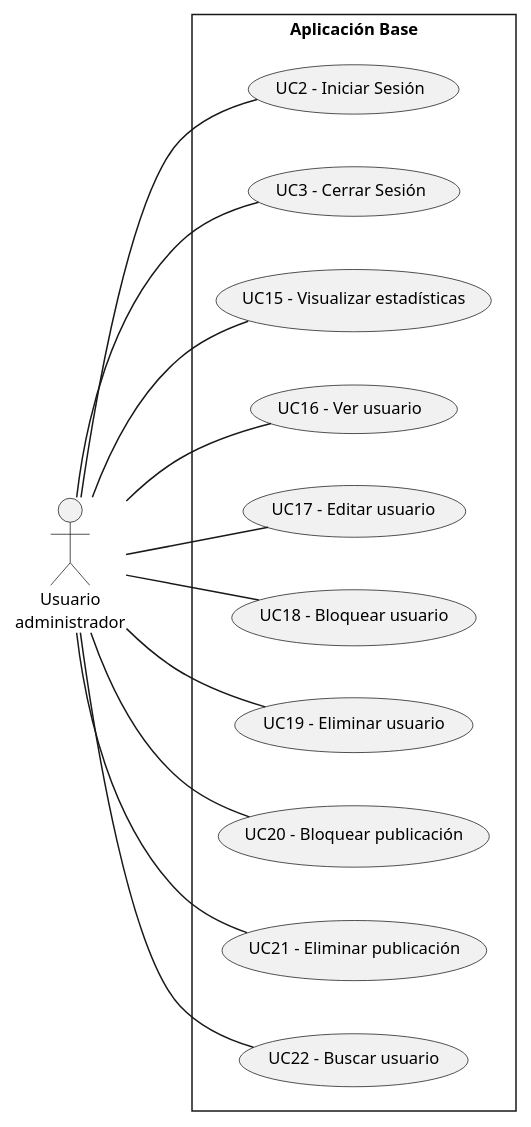
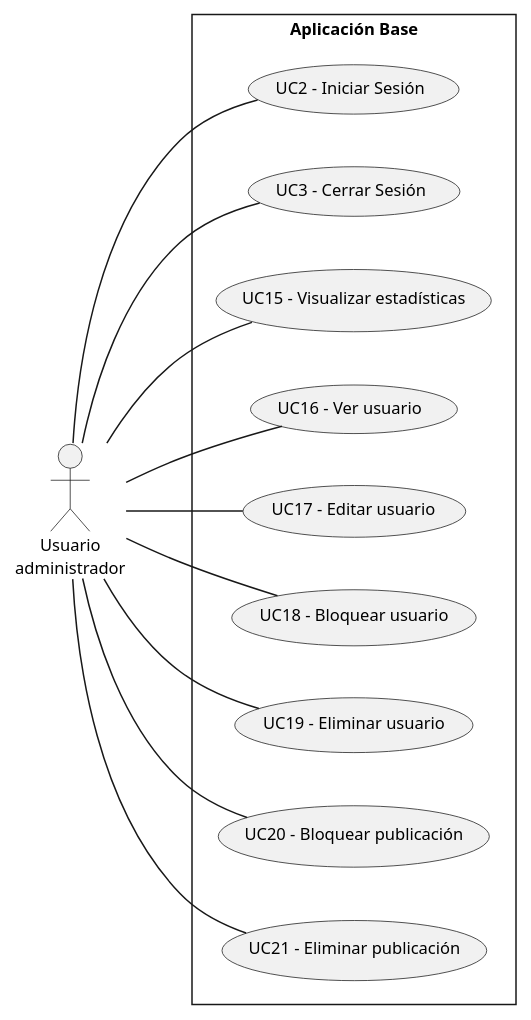
One commit to mpaulaherrero/tesis-frameworks-backend-diagrams changed the diagram in scenariosView/useCaseModel/useCaseDiagramAdmin.plantuml. Above: the diagram before and after it, drawn with PlantUML. The commit also changed 1 other file, not shown here.

Commit message:
adding ruby on rails and laravel diagrams

```diff
--- a/scenariosView/useCaseModel/useCaseDiagramAdmin.plantuml
+++ b/scenariosView/useCaseModel/useCaseDiagramAdmin.plantuml
@@ -1,32 +1,32 @@
 @startuml baseApp
 skinparam style strictuml
 left to right direction
 skinparam defaultTextAlignment center
 skinparam defaultFontSize 11
 
 actor "Usuario\nadministrador" as Admin
 
 rectangle "Aplicación Base" {
     usecase "UC2 - Iniciar Sesión" as UC2
     usecase "UC3 - Cerrar Sesión" as UC3
     usecase "UC15 - Visualizar estadísticas" as UC15
     usecase "UC16 - Ver usuario" as UC16
     usecase "UC17 - Editar usuario" as UC17
     usecase "UC18 - Bloquear usuario" as UC18
     usecase "UC19 - Eliminar usuario" as UC19
     usecase "UC20 - Bloquear publicación" as UC20
     usecase "UC21 - Eliminar publicación" as UC21
-    usecase "UC22 - Buscar usuario" as UC22
+    ' usecase "UC22 - Buscar usuario" as UC22
 }
 
 Admin -- UC2
 Admin -- UC3
 Admin -- UC15
 Admin -- UC16
 Admin -- UC17
 Admin -- UC18
 Admin -- UC19
 Admin -- UC20
 Admin -- UC21
-Admin -- UC22
+' Admin -- UC22
 @enduml
```
